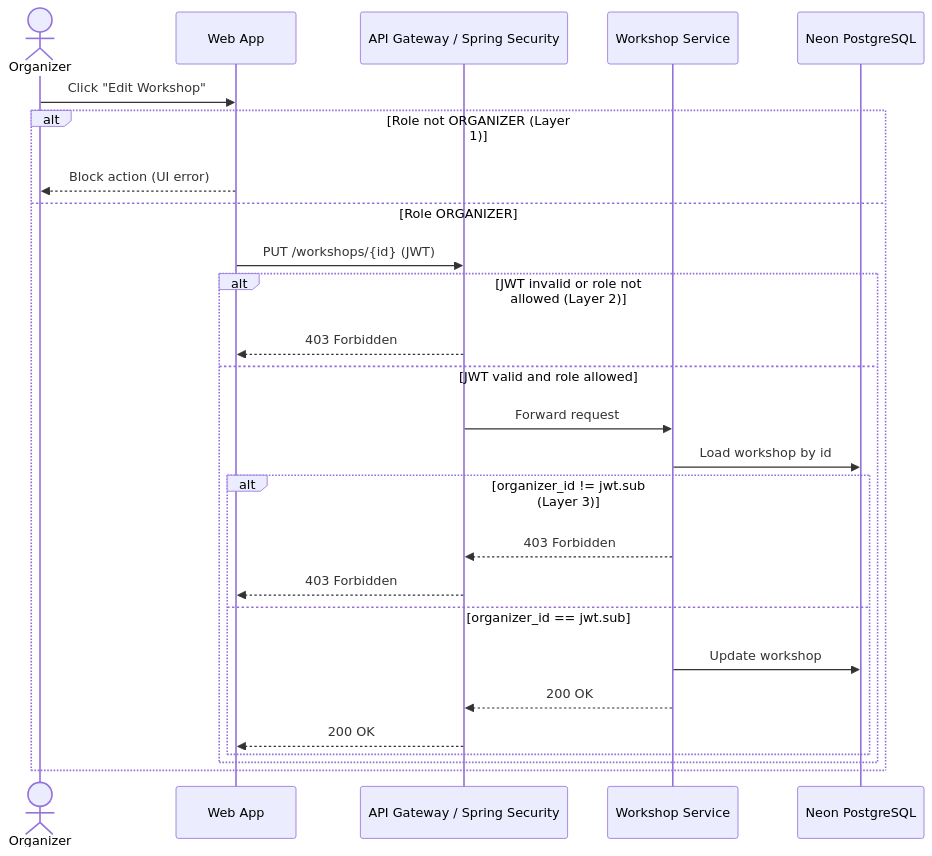
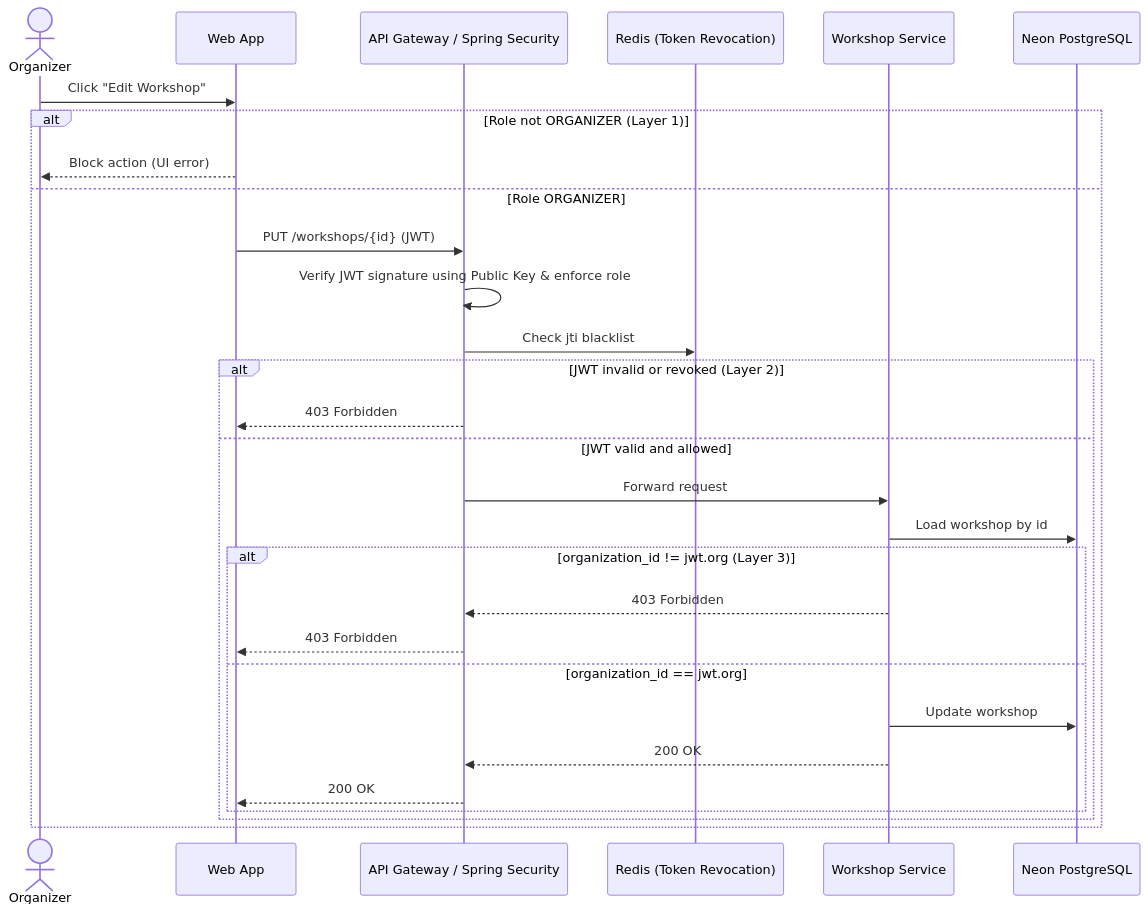
One commit to phatnguyen975/unihub-workshop changed the seventh of 10 diagrams in blueprint/design.md. Above: the diagram before and after it, drawn with Mermaid. The commit also changed other lines of this file, not shown here.

````diff
--- a/blueprint/design.md
+++ b/blueprint/design.md
@@ -676,29 +676,32 @@
 ```mermaid
 sequenceDiagram
   actor Organizer
   participant Web as Web App
   participant API as API Gateway / Spring Security
+  participant Redis as Redis (Token Revocation)
   participant Service as Workshop Service
   participant DB as Neon PostgreSQL
 
   Organizer->>Web: Click "Edit Workshop"
   alt Role not ORGANIZER (Layer 1)
     Web-->>Organizer: Block action (UI error)
   else Role ORGANIZER
     Web->>API: PUT /workshops/{id} (JWT)
-    alt JWT invalid or role not allowed (Layer 2)
+    API->>API: Verify JWT signature using Public Key & enforce role
+    API->>Redis: Check jti blacklist
+    alt JWT invalid or revoked (Layer 2)
       API-->>Web: 403 Forbidden
-    else JWT valid and role allowed
+    else JWT valid and allowed
       API->>Service: Forward request
       Service->>DB: Load workshop by id
-      alt organizer_id != jwt.sub (Layer 3)
+      alt organization_id != jwt.org (Layer 3)
         Service-->>API: 403 Forbidden
         API-->>Web: 403 Forbidden
-      else organizer_id == jwt.sub
+      else organization_id == jwt.org
         Service->>DB: Update workshop
         Service-->>API: 200 OK
         API-->>Web: 200 OK
       end
     end
   end
 ```
````
